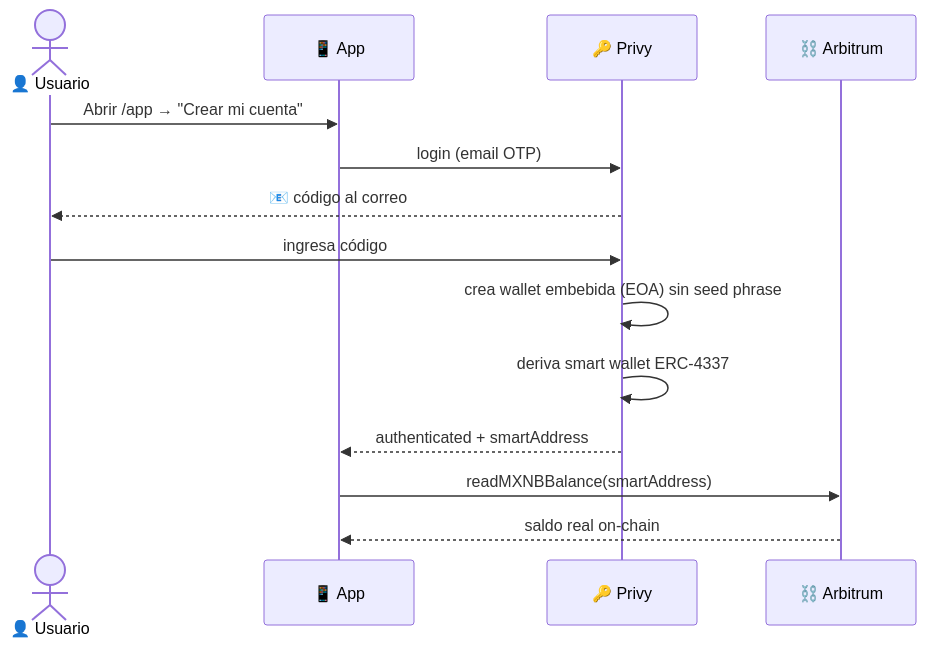
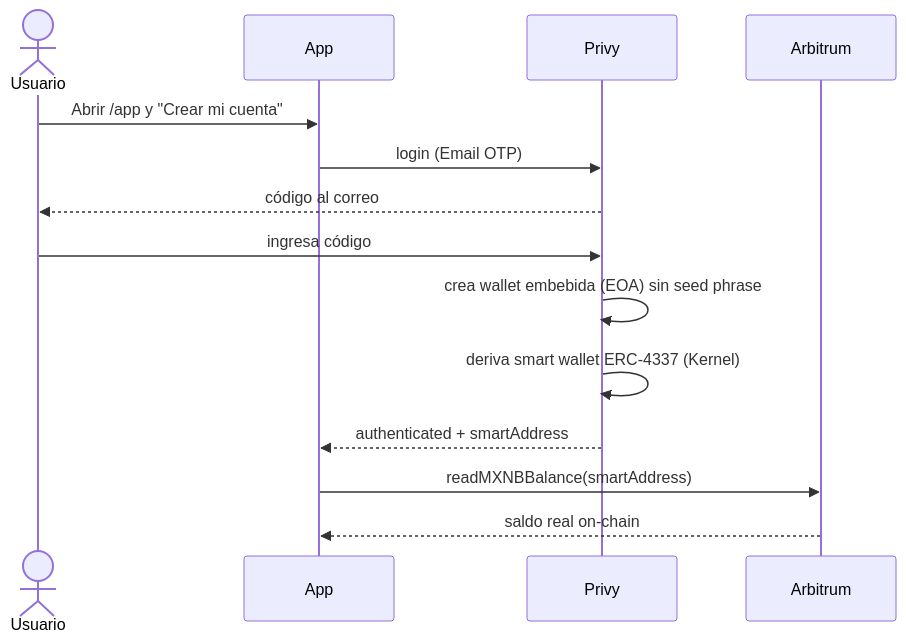
The second of 6 diagrams in README.md (Seyfert-Labs/SEYF-P), drawn with Mermaid before and after one commit. The commit also changed other lines of this file and 8 other files, not shown here.

````diff
--- a/README.md
+++ b/README.md
@@ -106,16 +145,16 @@
 ```mermaid
 sequenceDiagram
-    actor U as 👤 Usuario
-    participant App as 📱 App
-    participant Privy as 🔑 Privy
-    participant Arb as ⛓️ Arbitrum
-    U->>App: Abrir /app → "Crear mi cuenta"
-    App->>Privy: login (email OTP)
-    Privy-->>U: 📧 código al correo
+    actor U as Usuario
+    participant App
+    participant Privy
+    participant Arb as Arbitrum
+    U->>App: Abrir /app y "Crear mi cuenta"
+    App->>Privy: login (Email OTP)
+    Privy-->>U: código al correo
     U->>Privy: ingresa código
     Privy->>Privy: crea wallet embebida (EOA) sin seed phrase
-    Privy->>Privy: deriva smart wallet ERC-4337
+    Privy->>Privy: deriva smart wallet ERC-4337 (Kernel)
     Privy-->>App: authenticated + smartAddress
     App->>Arb: readMXNBBalance(smartAddress)
     Arb-->>App: saldo real on-chain
 ```
````
